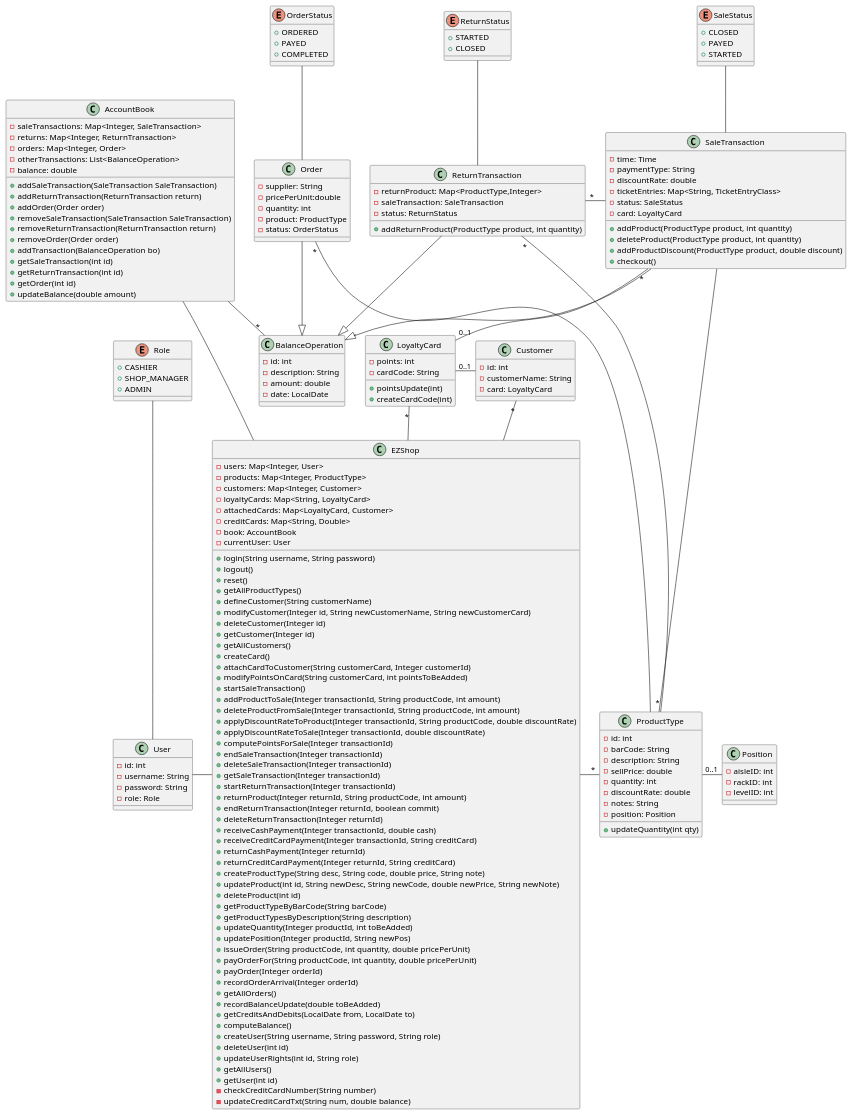
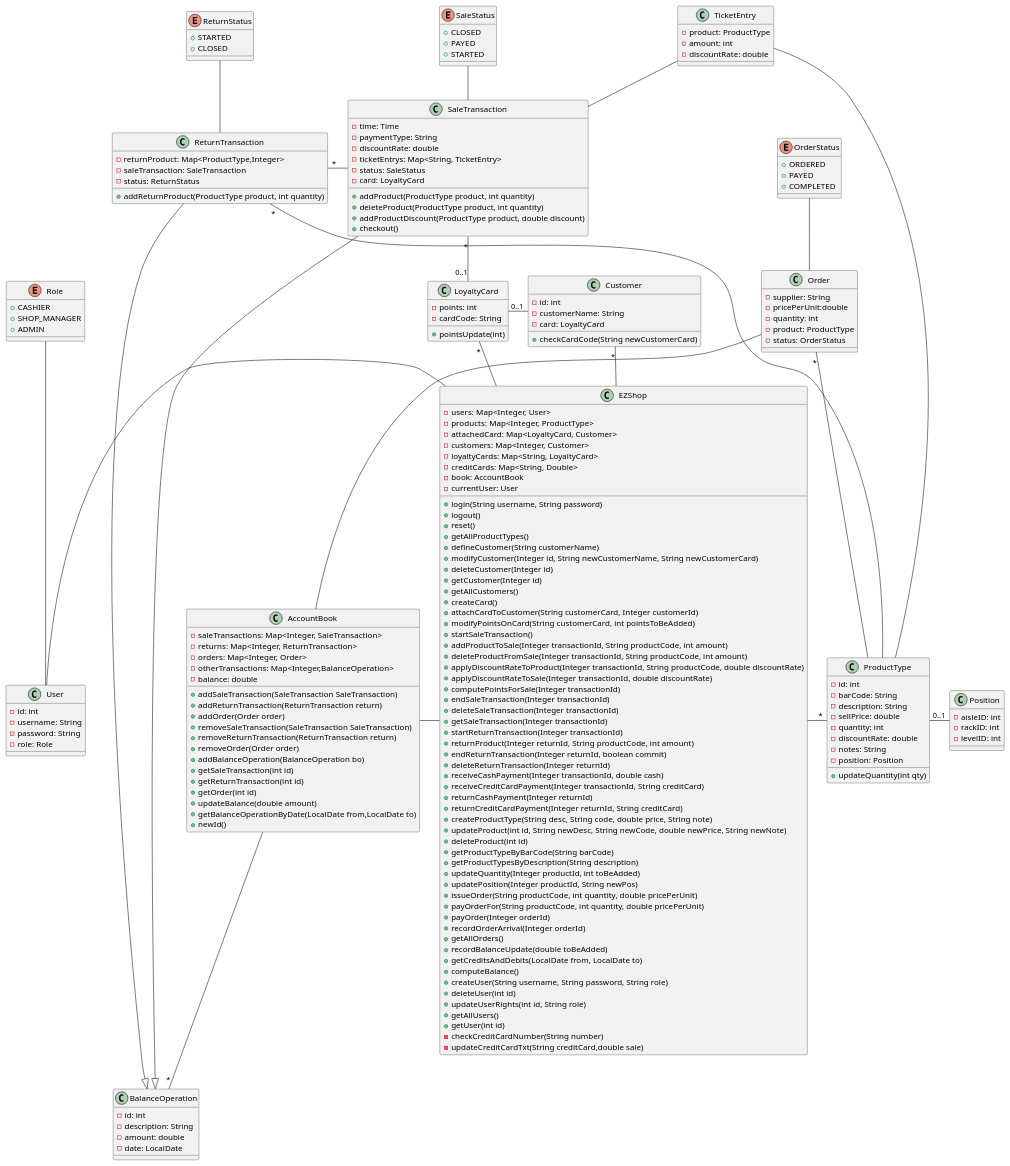
Before and after one commit to BMike10/EzShop: the second of 12 diagrams in Deliverables/DesignDocument.md, drawn with PlantUML.

Commit message:
doc: updated design document

````diff
--- a/Deliverables/DesignDocument.md
+++ b/Deliverables/DesignDocument.md
@@ -48,9 +48,9 @@
 class EZShop{
     - users: Map<Integer, User>
     - products: Map<Integer, ProductType>
+    - attachedCard: Map<LoyaltyCard, Customer>
     - customers: Map<Integer, Customer>
     - loyaltyCards: Map<String, LoyaltyCard> 
-    - attachedCards: Map<LoyaltyCard, Customer>
     - creditCards: Map<String, Double>
     - book: AccountBook 
     - currentUser: User 
@@ -106,7 +106,7 @@
     + getAllUsers()
     + getUser(int id)
     - checkCreditCardNumber(String number)
-    - updateCreditCardTxt(String num, double balance)
+    - updateCreditCardTxt(String creditCard,double sale)
 }
 class User{
     - id: int 
@@ -127,7 +127,7 @@
     - saleTransactions: Map<Integer, SaleTransaction> 
     - returns: Map<Integer, ReturnTransaction> 
     - orders: Map<Integer, Order> 
-    - otherTransactions: List<BalanceOperation>
+    - otherTransactions: Map<Integer,BalanceOperation>
     - balance: double
     '  methods
     + addSaleTransaction(SaleTransaction SaleTransaction)
@@ -136,11 +136,13 @@
     + removeSaleTransaction(SaleTransaction SaleTransaction)
     + removeReturnTransaction(ReturnTransaction return)
     + removeOrder(Order order)
-    + addTransaction(BalanceOperation bo)
+    + addBalanceOperation(BalanceOperation bo)
     + getSaleTransaction(int id)
     + getReturnTransaction(int id)
     + getOrder(int id)
     + updateBalance(double amount)
+    + getBalanceOperationByDate(LocalDate from,LocalDate to)
+    + newId()
 }
 AccountBook - EZShop
 class BalanceOperation {
@@ -150,7 +152,7 @@
  - date: LocalDate
 }
 AccountBook -- "*" BalanceOperation
-Order --|> BalanceOperation
+Order -- AccountBook
 SaleTransaction --|> BalanceOperation
 
 
@@ -173,7 +175,7 @@
     - time: Time 
     - paymentType: String 
     - discountRate: double 
-    - ticketEntries: Map<String, TicketEntryClass> 
+    - ticketEntrys: Map<String, TicketEntry> 
     - status: SaleStatus
     - card: LoyaltyCard 
     + addProduct(ProductType product, int quantity)
@@ -189,21 +191,19 @@
     + STARTED
 }
 SaleStatus -- SaleTransaction 
-SaleTransaction - "*" ProductType
-
 
 class LoyaltyCard {
     ' - ID: int 
     - points: int 
     - cardCode: String 
     + pointsUpdate(int)
-    + createCardCode(int)
 }
 
 class Customer {
     - id: int
     - customerName: String 
     - card: LoyaltyCard 
+    + checkCardCode(String newCustomerCard)
 }
 
 LoyaltyCard "0..1" - Customer
@@ -247,6 +247,7 @@
   + addReturnProduct(ProductType product, int quantity)
 
 }
+
 enum ReturnStatus{
     + STARTED
     + CLOSED
@@ -256,5 +257,15 @@
 ReturnTransaction "*" - SaleTransaction
 ReturnTransaction "*" - ProductType
 
+
+class TicketEntry {
+  - product: ProductType
+  - amount: int
+  - discountRate: double
+ 
+}
+
+TicketEntry -- ProductType
+TicketEntry -- SaleTransaction
 @enduml
 ```
````
